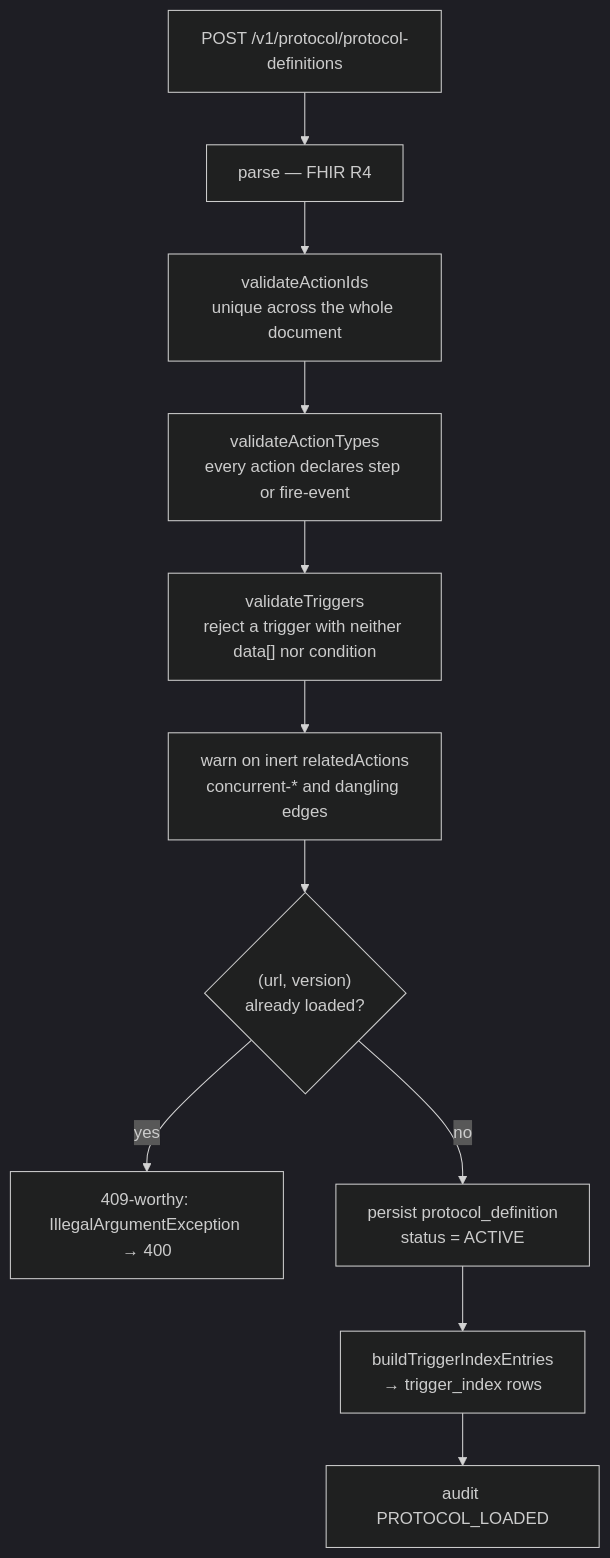
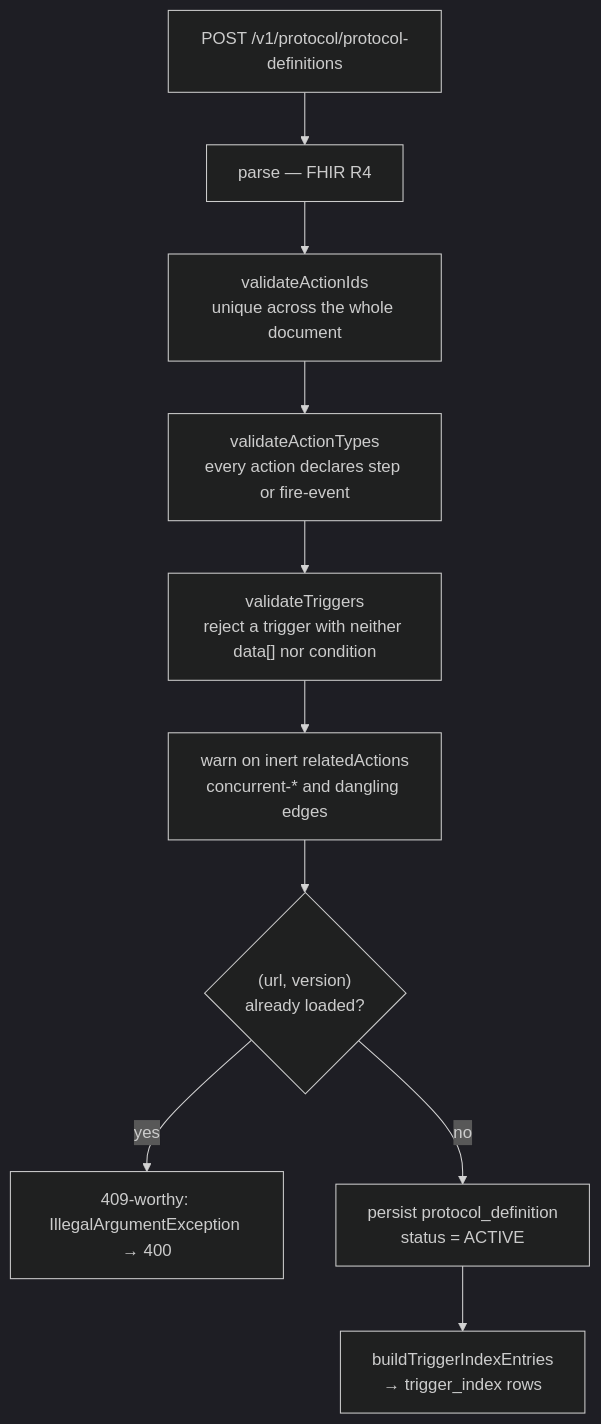
One commit to Jayaprakash8887/cce-protocol-service changed the diagram in docs/architecture-overview.md. Above: the diagram before and after it, drawn with Mermaid (dark theme). The commit also changed other lines of this file and 1 other file, not shown here.

````diff
--- a/docs/architecture-overview.md
+++ b/docs/architecture-overview.md
@@ -42,13 +42,12 @@
 ```mermaid
 flowchart TD
     A["POST /v1/protocol/protocol-definitions"] --> B["parse — FHIR R4"]
     B --> C["validateActionIds<br/>unique across the whole document"]
     C --> D["validateActionTypes<br/>every action declares step or fire-event"]
     D --> E["validateTriggers<br/>reject a trigger with neither data[] nor condition"]
     E --> F["warn on inert relatedActions<br/>concurrent-* and dangling edges"]
     F --> G{"(url, version)<br/>already loaded?"}
     G -->|yes| H["409-worthy: IllegalArgumentException → 400"]
     G -->|no| I["persist protocol_definition<br/>status = ACTIVE"]
     I --> J["buildTriggerIndexEntries<br/>→ trigger_index rows"]
-    J --> K["audit PROTOCOL_LOADED"]
 ```
````
